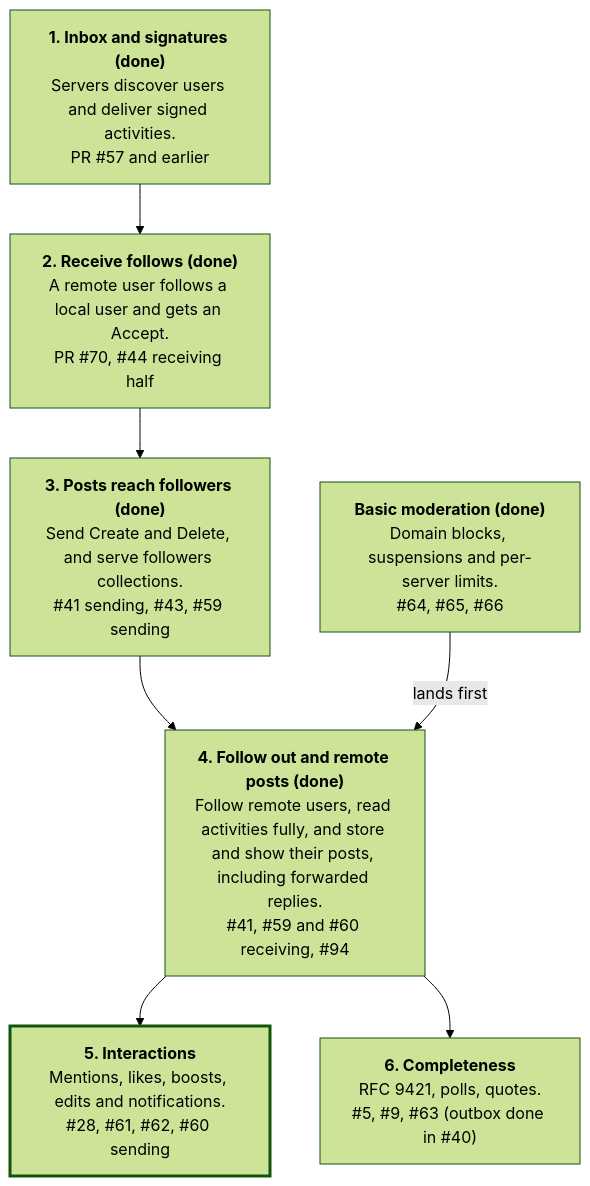
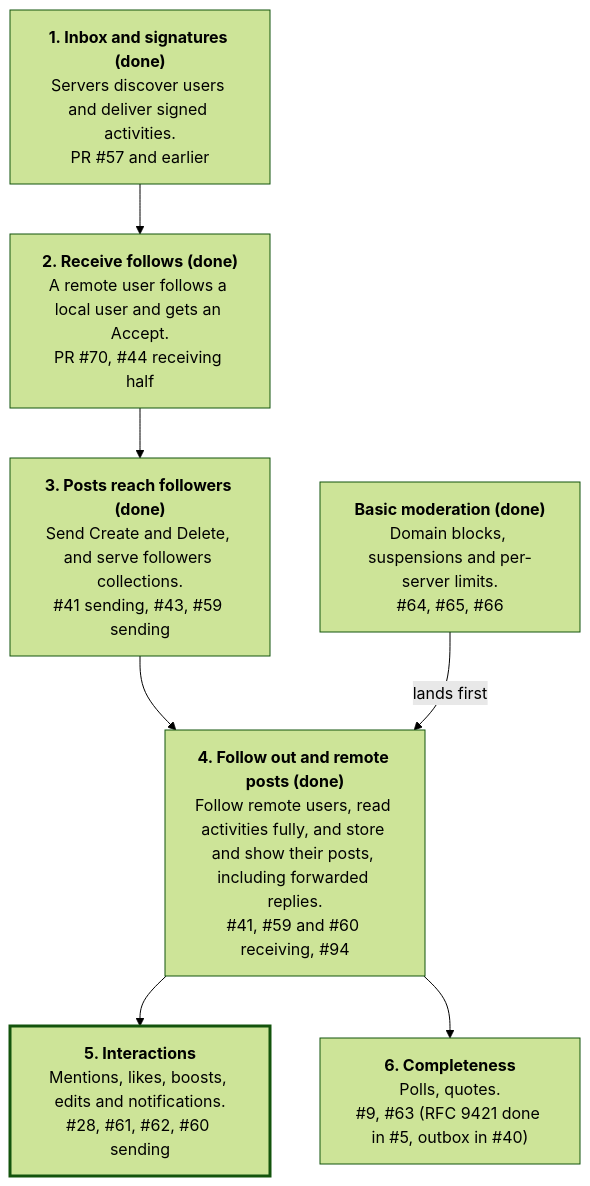
One commit to normikoto/elysium changed the diagram in docs/federation-plan.md. Above: the diagram before and after it, drawn with Mermaid (forest theme). The commit also changed other lines of this file and 20 other files, not shown here.

````diff
--- a/docs/federation-plan.md
+++ b/docs/federation-plan.md
@@ -25,16 +25,16 @@
 ```mermaid
 flowchart TD
     m1["<b>1. Inbox and signatures (done)</b><br/>Servers discover users and deliver signed activities.<br/>PR #57 and earlier"]
     m2["<b>2. Receive follows (done)</b><br/>A remote user follows a local user and gets an Accept.<br/>PR #70, #44 receiving half"]
     m3["<b>3. Posts reach followers (done)</b><br/>Send Create and Delete, and serve followers collections.<br/>#41 sending, #43, #59 sending"]
     m4["<b>4. Follow out and remote posts (done)</b><br/>Follow remote users, read activities fully, and store and show their posts, including forwarded replies.<br/>#41, #59 and #60 receiving, #94"]
     m5["<b>5. Interactions</b><br/>Mentions, likes, boosts, edits and notifications.<br/>#28, #61, #62, #60 sending"]
     mod["<b>Basic moderation (done)</b><br/>Domain blocks, suspensions and per-server limits.<br/>#64, #65, #66"]
-    m6["<b>6. Completeness</b><br/>RFC 9421, polls, quotes.<br/>#5, #9, #63 (outbox done in #40)"]
+    m6["<b>6. Completeness</b><br/>Polls, quotes.<br/>#9, #63 (RFC 9421 done in #5, outbox in #40)"]
 
     m1 --> m2 --> m3 --> m4 --> m5
     mod -- lands first --> m4
     m4 --> m6
 
     style m5 stroke-width:3px
 ```
````
